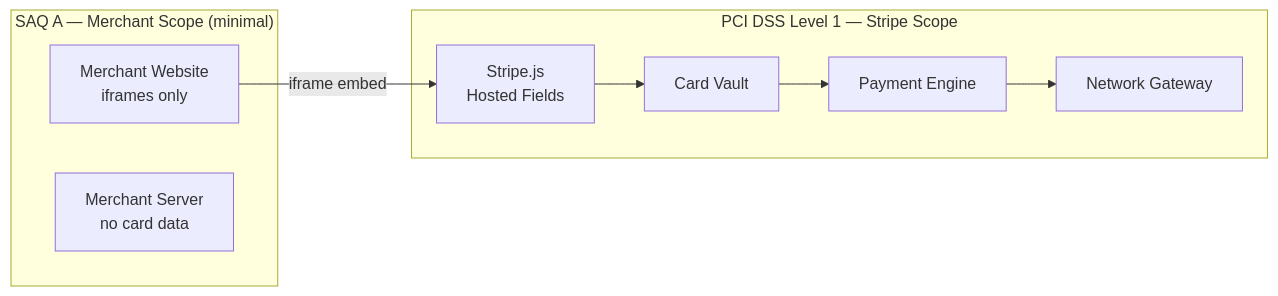
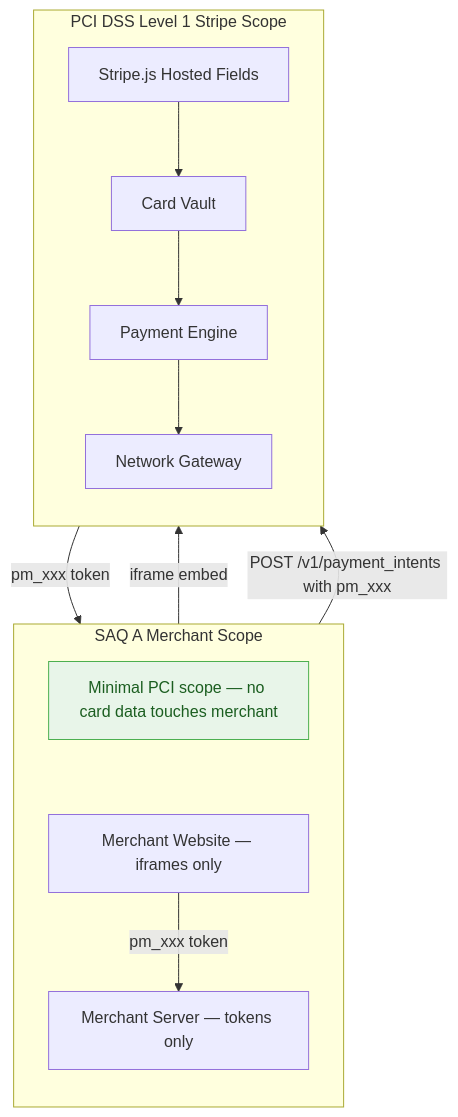
Before and after one commit to gurkanindibay/azure_learning: diagram 18 of 36 in architecture-general/09-industry-specialized-architectures/9.1.1-financial-services-architecture/9.1.1.3-stripe-payment-system-architecture.md, drawn with Mermaid. The commit also changed other lines of this file, not shown here.

Commit message:
Reevaluated stripe payment system  document

````diff
--- a/architecture-general/09-industry-specialized-architectures/9.1.1-financial-services-architecture/9.1.1.3-stripe-payment-system-architecture.md
+++ b/architecture-general/09-industry-specialized-architectures/9.1.1-financial-services-architecture/9.1.1.3-stripe-payment-system-architecture.md
@@ -490,18 +882,27 @@
 ```mermaid
-flowchart LR
-    subgraph "SAQ A — Merchant Scope (minimal)"
-        M_WEB[Merchant Website<br/>iframes only]
-        M_SRV[Merchant Server<br/>no card data]
+flowchart TB
+    subgraph MERCHANT["SAQ A Merchant Scope"]
+        direction TB
+        SCOPE_NOTE["Minimal PCI scope — no card data touches merchant"]
+        M_WEB[Merchant Website — iframes only]
+        M_SRV[Merchant Server — tokens only]
+        SCOPE_NOTE ~~~ M_WEB
     end
 
-    subgraph "PCI DSS Level 1 — Stripe Scope"
-        STRIPE_JS[Stripe.js<br/>Hosted Fields]
+    subgraph STRIPE["PCI DSS Level 1 Stripe Scope"]
+        direction TB
+        STRIPE_JS[Stripe.js Hosted Fields]
         VAULT[Card Vault]
         PPE[Payment Engine]
         NETWORK[Network Gateway]
     end
 
     M_WEB -->|iframe embed| STRIPE_JS
+    STRIPE_JS -->|pm_xxx token| M_WEB
+    M_WEB -->|pm_xxx token| M_SRV
+    M_SRV -->|POST /v1/payment_intents with pm_xxx| PPE
     STRIPE_JS --> VAULT
     VAULT --> PPE --> NETWORK
+
+    style SCOPE_NOTE fill:#e8f5e9,stroke:#4caf50,color:#1b5e20
 ```
````
